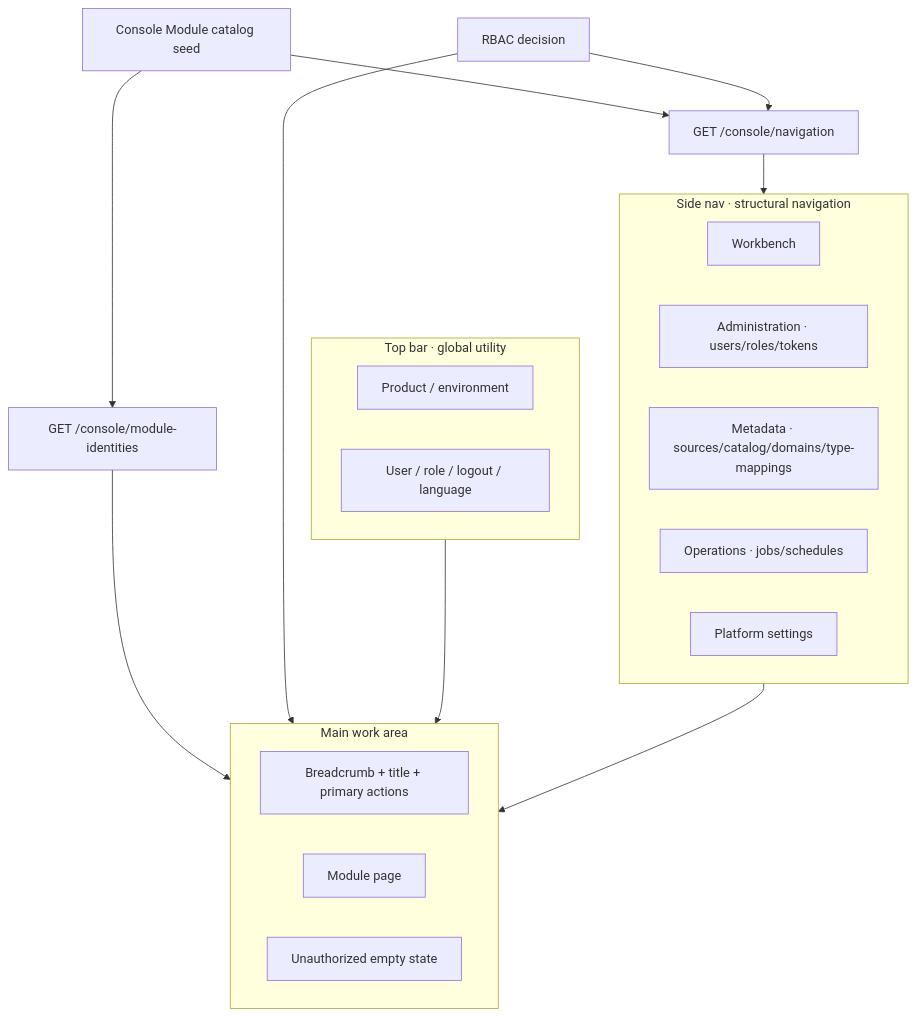
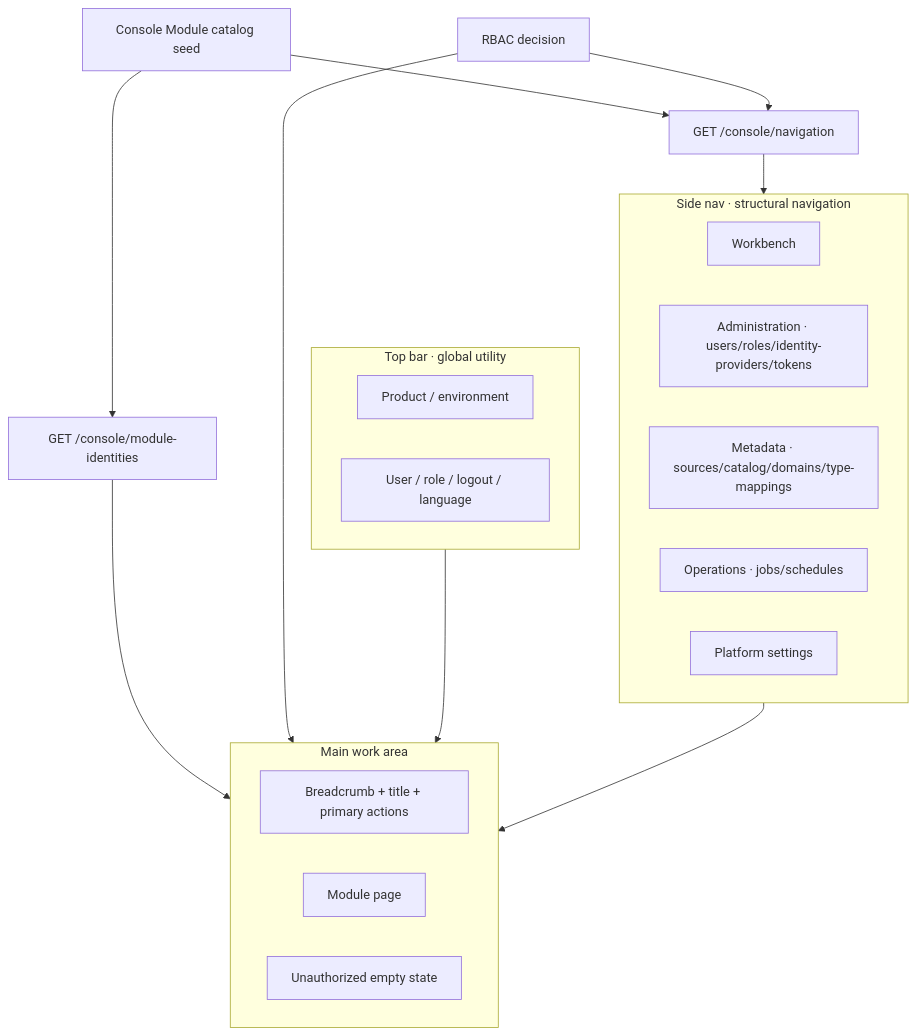
One commit to hughluang/refraq changed the diagram in docs/business-management-console.md. Above: the diagram before and after it, drawn with Mermaid. The commit also changed other lines of this file and 90 other files, not shown here.

````diff
--- a/docs/business-management-console.md
+++ b/docs/business-management-console.md
@@ -70,30 +70,30 @@
 ```mermaid
 flowchart TB
   subgraph TopBar["Top bar · global utility"]
     Brand["Product / environment"]
     UserMenu["User / role / logout / language"]
   end
 
   subgraph SideNav["Side nav · structural navigation"]
     G1["Workbench"]
-    G2["Administration · users/roles/tokens"]
+    G2["Administration · users/roles/identity-providers/tokens"]
     G3["Metadata · sources/catalog/domains/type-mappings"]
     G4["Operations · jobs/schedules"]
     G5["Platform settings"]
   end
 
   subgraph Main["Main work area"]
     Chrome["Breadcrumb + title + primary actions"]
     Body["Module page"]
     Empty["Unauthorized empty state"]
   end
 
   Catalog["Console Module catalog seed"] --> NavAPI["GET /console/navigation"]
   Catalog --> IdAPI["GET /console/module-identities"]
   RBAC["RBAC decision"] --> NavAPI
   NavAPI --> SideNav
   IdAPI --> Main
   RBAC --> Main
   TopBar --> Main
   SideNav --> Main
 ```
````
